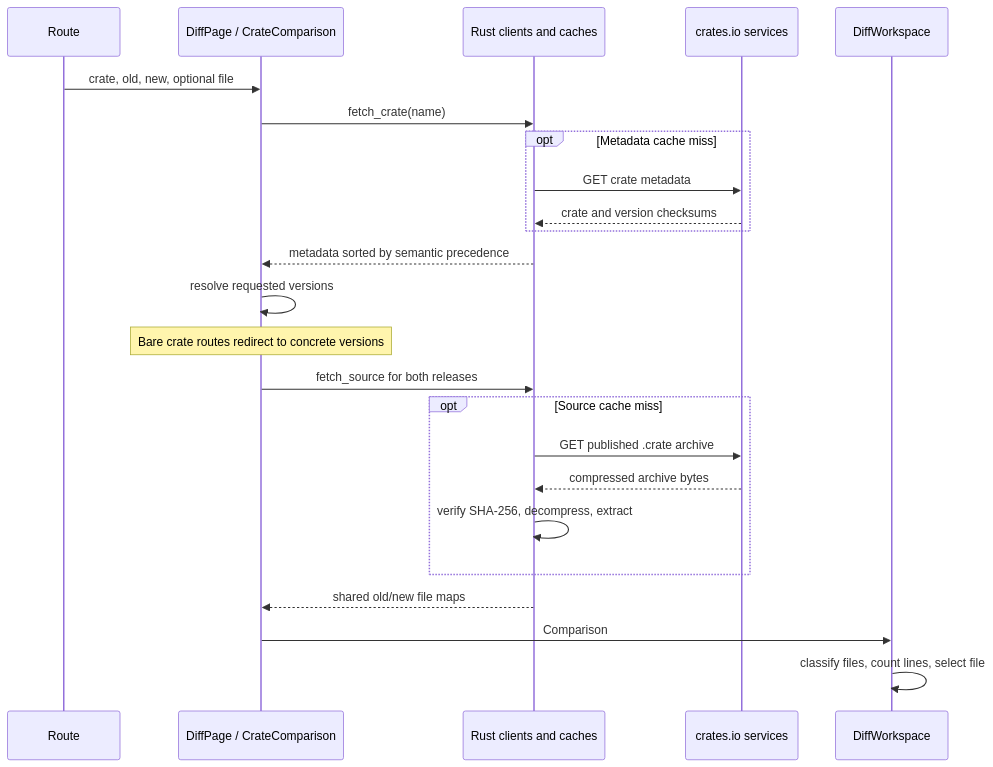
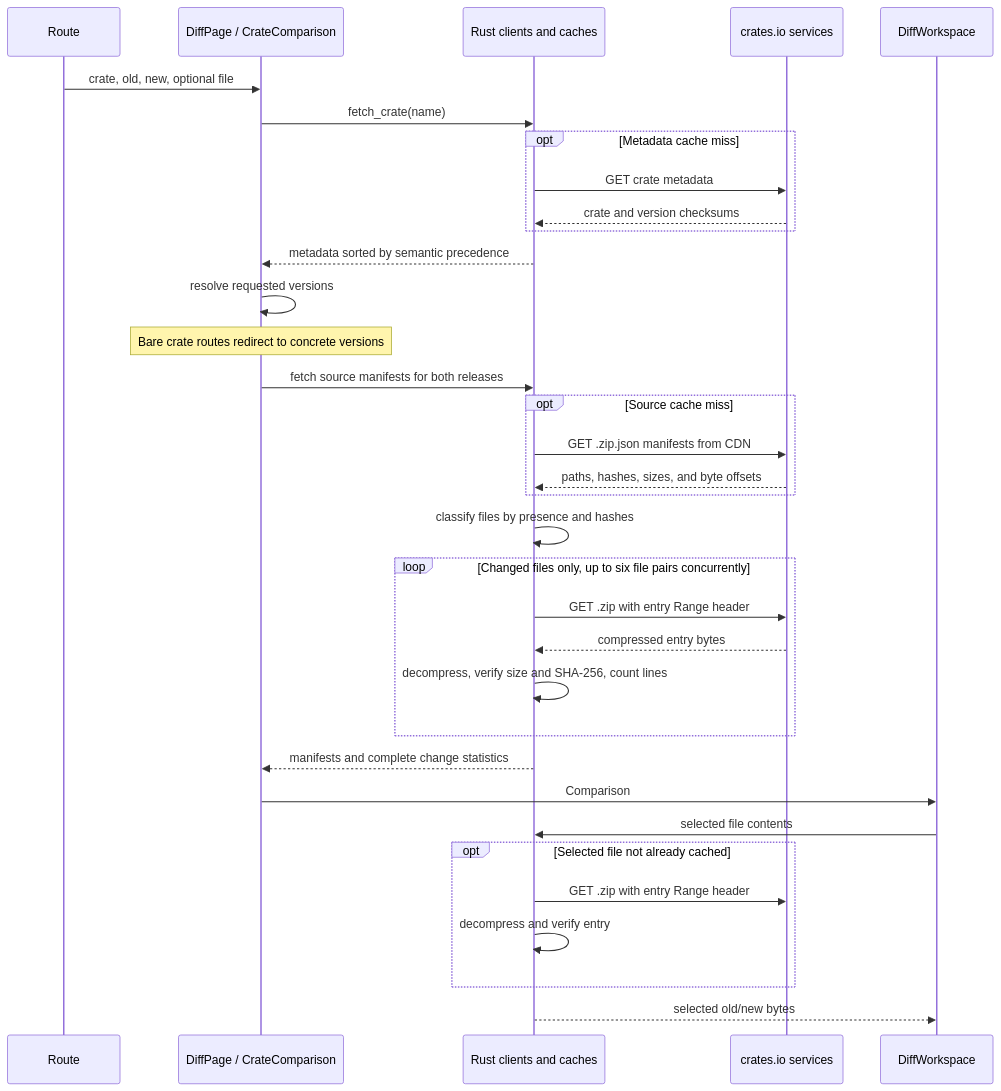
One commit to hi-abhi/cratediff changed the diagram in docs/data-flow.md. Above: the diagram before and after it, drawn with Mermaid. The commit also changed other lines of this file and 13 other files, not shown here.

Commit message:
Load crate sources using ZIP manifests and byte ranges

````diff
--- a/docs/data-flow.md
+++ b/docs/data-flow.md
@@ -43,26 +43,37 @@
 ```mermaid
 sequenceDiagram
     participant URL as Route
     participant View as DiffPage / CrateComparison
     participant Client as Rust clients and caches
     participant Registry as crates.io services
     participant UI as DiffWorkspace
     URL->>View: crate, old, new, optional file
     View->>Client: fetch_crate(name)
     opt Metadata cache miss
         Client->>Registry: GET crate metadata
         Registry-->>Client: crate and version checksums
     end
     Client-->>View: metadata sorted by semantic precedence
     View->>View: resolve requested versions
     Note over View: Bare crate routes redirect to concrete versions
-    View->>Client: fetch_source for both releases
+    View->>Client: fetch source manifests for both releases
     opt Source cache miss
-        Client->>Registry: GET published .crate archive
-        Registry-->>Client: compressed archive bytes
-        Client->>Client: verify SHA-256, decompress, extract
+        Client->>Registry: GET .zip.json manifests from CDN
+        Registry-->>Client: paths, hashes, sizes, and byte offsets
     end
-    Client-->>View: shared old/new file maps
+    Client->>Client: classify files by presence and hashes
+    loop Changed files only, up to six file pairs concurrently
+        Client->>Registry: GET .zip with entry Range header
+        Registry-->>Client: compressed entry bytes
+        Client->>Client: decompress, verify size and SHA-256, count lines
+    end
+    Client-->>View: manifests and complete change statistics
     View->>UI: Comparison
-    UI->>UI: classify files, count lines, select file
+    UI->>Client: selected file contents
+    opt Selected file not already cached
+        Client->>Registry: GET .zip with entry Range header
+        Client->>Client: decompress and verify entry
+    end
+    Client-->>UI: selected old/new bytes
+
 ```
````
